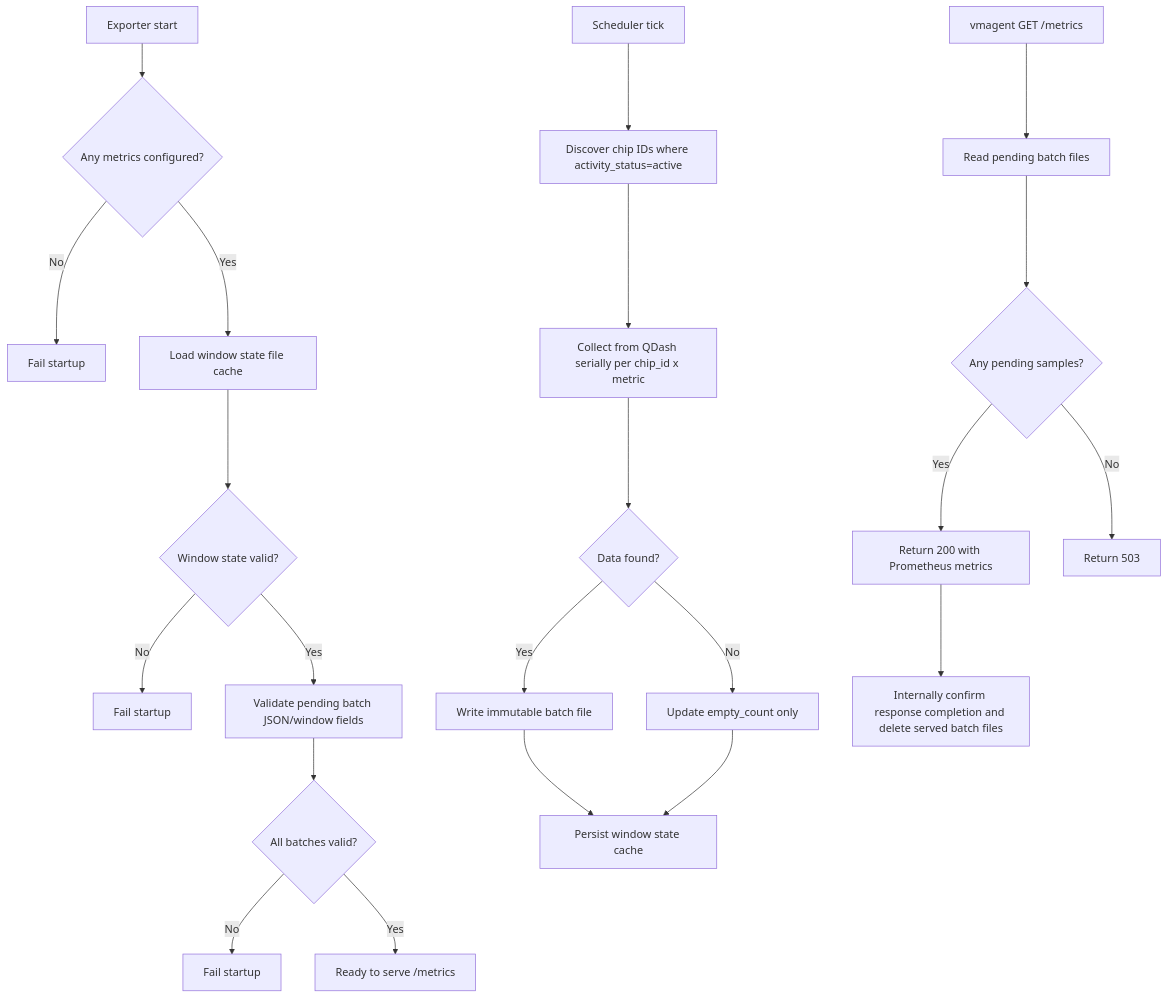
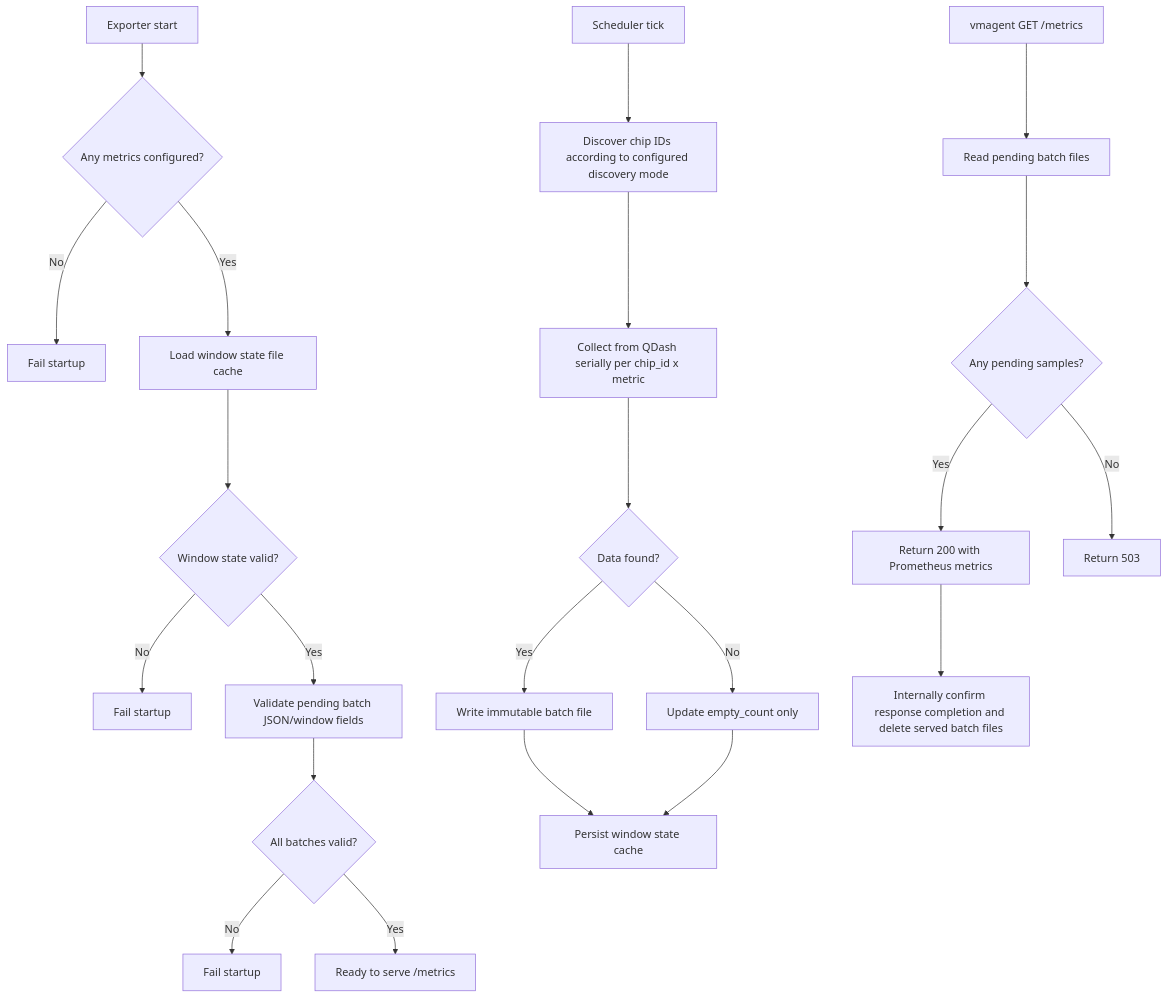
The first of 4 diagrams in docs/custom-exporters/qdash-exporter.md (oqtopus-team/oqtopus-device-monitoring), drawn with Mermaid before and after one commit. The commit also changed other lines of this file and 1 other file, not shown here.

````diff
--- a/docs/custom-exporters/qdash-exporter.md
+++ b/docs/custom-exporters/qdash-exporter.md
@@ -46,26 +46,26 @@
 ```mermaid
 flowchart TD
   A[Exporter start] --> A1{Any metrics configured?}
   A1 -->|No| A2[Fail startup]
   A1 -->|Yes| A3[Load window state file cache]
   A3 --> A3a{Window state valid?}
   A3a -->|No| A3b[Fail startup]
   A3a -->|Yes| A4[Validate pending batch JSON/window fields]
   A4 --> A4a{All batches valid?}
   A4a -->|No| A4b[Fail startup]
   A4a -->|Yes| A5[Ready to serve /metrics]
 
-  B[Scheduler tick] --> B1[Discover chip IDs where activity_status=active]
+  B[Scheduler tick] --> B1[Discover chip IDs according to configured discovery mode]
   B1 --> C[Collect from QDash serially per chip_id x metric]
   C --> D{Data found?}
   D -->|Yes| E[Write immutable batch file]
   D -->|No| F[Update empty_count only]
   E --> G[Persist window state cache]
   F --> G
 
   H[vmagent GET /metrics] --> I[Read pending batch files]
   I --> J{Any pending samples?}
   J -->|Yes| K[Return 200 with Prometheus metrics]
   J -->|No| L[Return 503]
   K --> M[Internally confirm response completion and delete served batch files]
 ```
````
